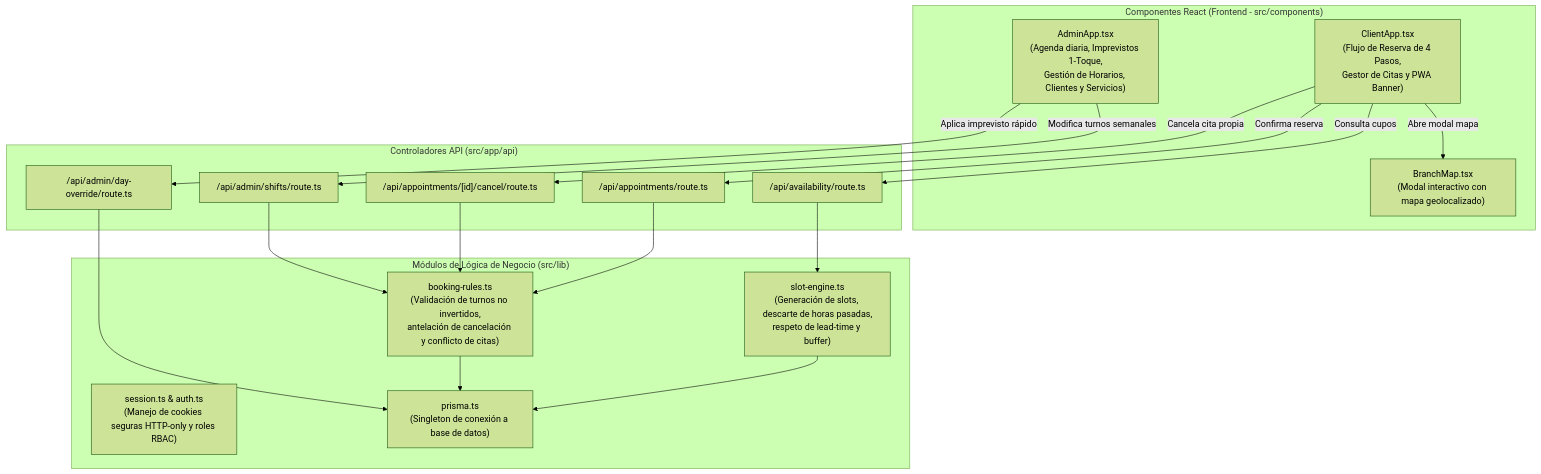
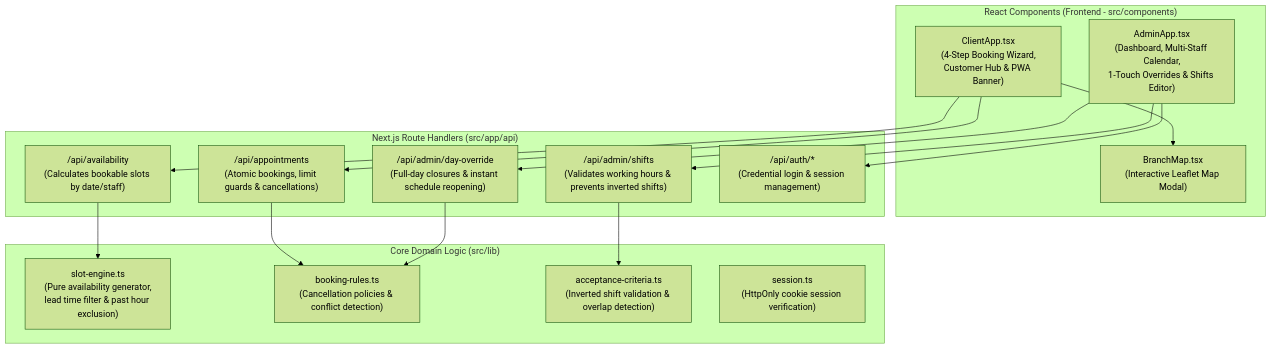
One commit to iamcristian/reservation-microsystem changed the third of 4 diagrams in docs/ARCHITECTURE.md. Above: the diagram before and after it, drawn with Mermaid (forest theme). The commit also changed other lines of this file and 17 other files, not shown here.

````diff
--- a/docs/ARCHITECTURE.md
+++ b/docs/ARCHITECTURE.md
@@ -67,40 +67,35 @@
 ```mermaid
 flowchart TD
-    subgraph ClientComponents["Componentes React (Frontend - src/components)"]
-        ClientApp["ClientApp.tsx\n(Flujo de Reserva de 4 Pasos,\nGestor de Citas y PWA Banner)"]
-        AdminApp["AdminApp.tsx\n(Agenda diaria, Imprevistos 1-Toque,\nGestión de Horarios, Clientes y Servicios)"]
-        BranchMap["BranchMap.tsx\n(Modal interactivo con mapa geolocalizado)"]
+    subgraph ClientComponents["React Components (Frontend - src/components)"]
+        ClientApp["ClientApp.tsx\n(4-Step Booking Wizard,\nCustomer Hub & PWA Banner)"]
+        AdminApp["AdminApp.tsx\n(Dashboard, Multi-Staff Calendar,\n1-Touch Overrides & Shifts Editor)"]
+        BranchMap["BranchMap.tsx\n(Interactive Leaflet Map Modal)"]
     end
 
-    subgraph CoreLibraries["Módulos de Lógica de Negocio (src/lib)"]
-        SlotEng["slot-engine.ts\n(Generación de slots, descarte de horas pasadas,\nrespeto de lead-time y buffer)"]
-        BookingRules["booking-rules.ts\n(Validación de turnos no invertidos,\nantelación de cancelación y conflicto de citas)"]
-        SessionLib["session.ts & auth.ts\n(Manejo de cookies seguras HTTP-only y roles RBAC)"]
-        PrismaLib["prisma.ts\n(Singleton de conexión a base de datos)"]
+    subgraph APIControllers["Next.js Route Handlers (src/app/api)"]
+        AvailabilityAPI["/api/availability\n(Calculates bookable slots by date/staff)"]
+        AppointmentsAPI["/api/appointments\n(Atomic bookings, limit guards & cancellations)"]
+        AdminShiftsAPI["/api/admin/shifts\n(Validates working hours & prevents inverted shifts)"]
+        AdminOverridesAPI["/api/admin/day-override\n(Full-day closures & instant schedule reopening)"]
+        AuthAPI["/api/auth/*\n(Credential login & session management)"]
     end
 
-    subgraph APIControllers["Controladores API (src/app/api)"]
-        AvailCtrl["/api/availability/route.ts"]
-        ApptCtrl["/api/appointments/route.ts"]
-        CancelCtrl["/api/appointments/[id]/cancel/route.ts"]
-        OverrideCtrl["/api/admin/day-override/route.ts"]
-        ShiftsCtrl["/api/admin/shifts/route.ts"]
+    subgraph DomainLib["Core Domain Logic (src/lib)"]
+        SlotEngineModule["slot-engine.ts\n(Pure availability generator,\nlead time filter & past hour exclusion)"]
+        BookingRulesModule["booking-rules.ts\n(Cancellation policies & conflict detection)"]
+        ValidationModule["acceptance-criteria.ts\n(Inverted shift validation & overlap detection)"]
+        SessionModule["session.ts\n(HttpOnly cookie session verification)"]
     end
 
-    ClientApp -->|"Consulta cupos"| AvailCtrl
-    ClientApp -->|"Confirma reserva"| ApptCtrl
-    ClientApp -->|"Cancela cita propia"| CancelCtrl
-    ClientApp -->|"Abre modal mapa"| BranchMap
+    ClientApp --> AvailabilityAPI
+    ClientApp --> AppointmentsAPI
+    ClientApp --> BranchMap
+    AdminApp --> AdminShiftsAPI
+    AdminApp --> AdminOverridesAPI
+    AdminApp --> AuthAPI
 
-    AdminApp -->|"Aplica imprevisto rápido"| OverrideCtrl
-    AdminApp -->|"Modifica turnos semanales"| ShiftsCtrl
-
-    AvailCtrl --> SlotEng
-    ApptCtrl --> BookingRules
-    CancelCtrl --> BookingRules
-    ShiftsCtrl --> BookingRules
-
-    SlotEng --> PrismaLib
-    BookingRules --> PrismaLib
-    OverrideCtrl --> PrismaLib
+    AvailabilityAPI --> SlotEngineModule
+    AppointmentsAPI --> BookingRulesModule
+    AdminShiftsAPI --> ValidationModule
+    AdminOverridesAPI --> BookingRulesModule
 ```
````
